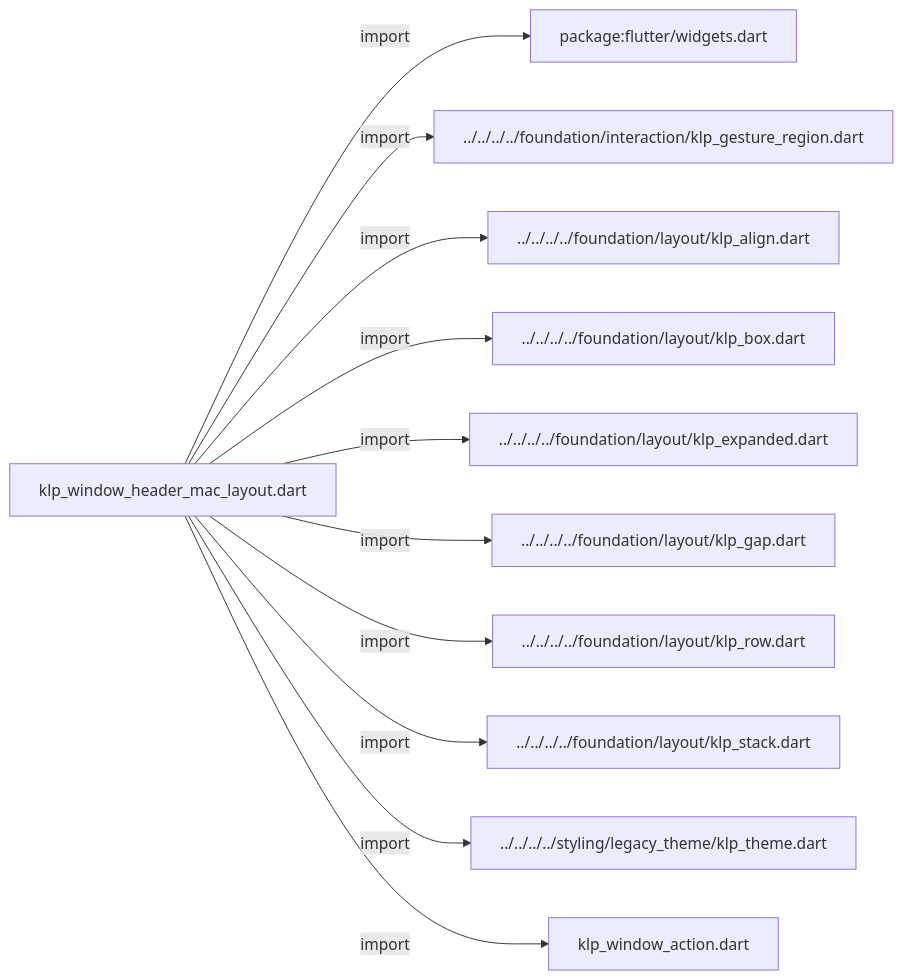
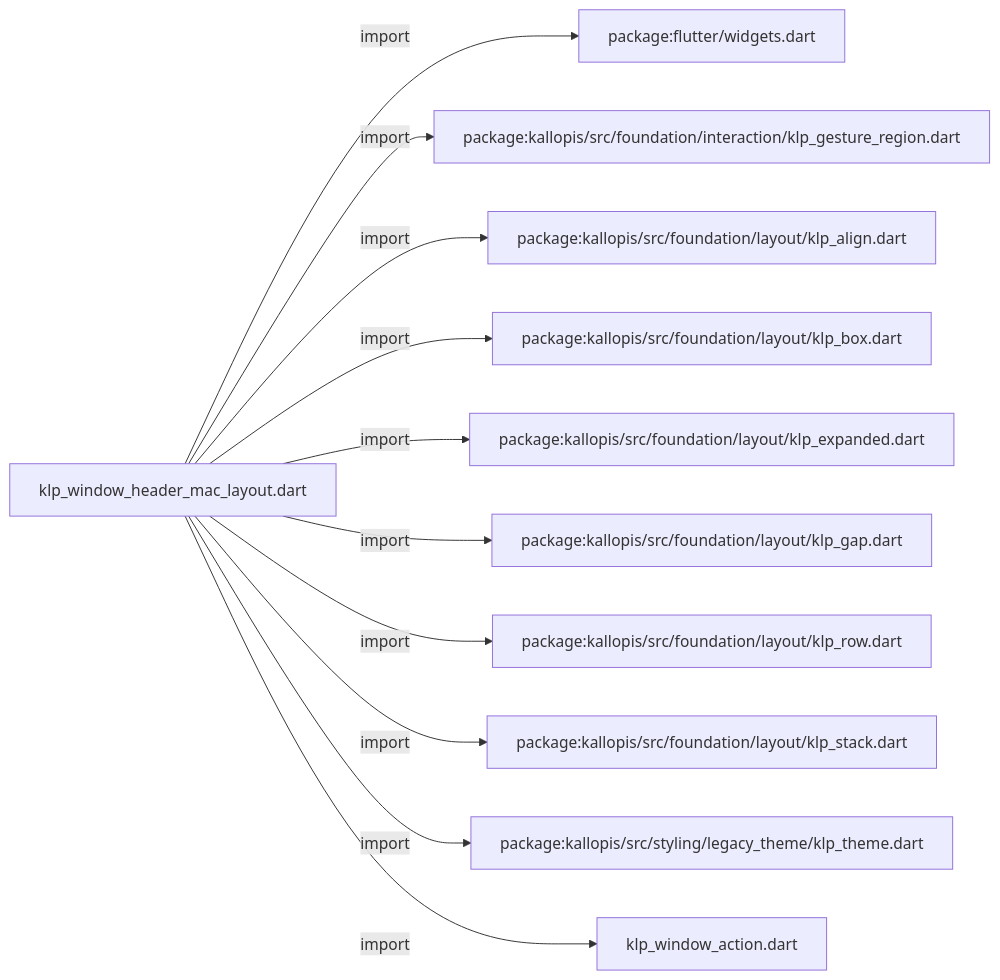
Before and after one commit to MiuDog/Kallopis: the first of 3 diagrams in docs/architecture/src/features/workspace/shell/window/klp_window_header_mac_layout.md, drawn with Mermaid. The commit also changed other lines of this file and 9688 other files, not shown here.

Commit message:
Prepare isolated Flow F2 peer baseline

````diff
--- a/docs/architecture/src/features/workspace/shell/window/klp_window_header_mac_layout.md
+++ b/docs/architecture/src/features/workspace/shell/window/klp_window_header_mac_layout.md
@@ -11,24 +11,24 @@
 ```mermaid
 flowchart LR
 	n0["klp_window_header_mac_layout.dart"]
 	n1["package:flutter/widgets.dart"]
-	n2["../../../../foundation/interaction/klp_gesture_region.dart"]
-	n3["../../../../foundation/layout/klp_align.dart"]
-	n4["../../../../foundation/layout/klp_box.dart"]
-	n5["../../../../foundation/layout/klp_expanded.dart"]
-	n6["../../../../foundation/layout/klp_gap.dart"]
-	n7["../../../../foundation/layout/klp_row.dart"]
-	n8["../../../../foundation/layout/klp_stack.dart"]
-	n9["../../../../styling/legacy_theme/klp_theme.dart"]
+	n2["package:kallopis/src/foundation/interaction/klp_gesture_region.dart"]
+	n3["package:kallopis/src/foundation/layout/klp_align.dart"]
+	n4["package:kallopis/src/foundation/layout/klp_box.dart"]
+	n5["package:kallopis/src/foundation/layout/klp_expanded.dart"]
+	n6["package:kallopis/src/foundation/layout/klp_gap.dart"]
+	n7["package:kallopis/src/foundation/layout/klp_row.dart"]
+	n8["package:kallopis/src/foundation/layout/klp_stack.dart"]
+	n9["package:kallopis/src/styling/legacy_theme/klp_theme.dart"]
 	n10["klp_window_action.dart"]
 	n0 -->|"import"| n1
 	n0 -->|"import"| n2
 	n0 -->|"import"| n3
 	n0 -->|"import"| n4
 	n0 -->|"import"| n5
 	n0 -->|"import"| n6
 	n0 -->|"import"| n7
 	n0 -->|"import"| n8
 	n0 -->|"import"| n9
 	n0 -->|"import"| n10
 ```
````
